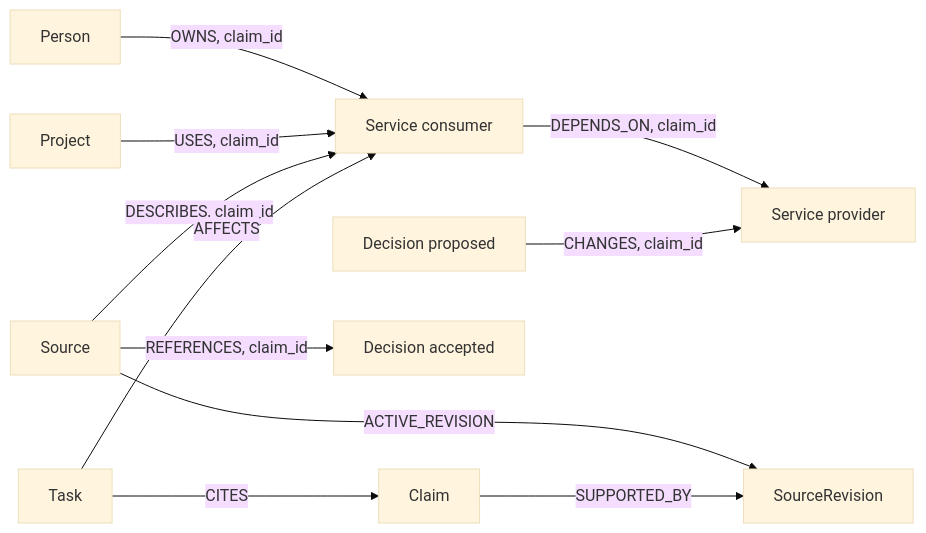
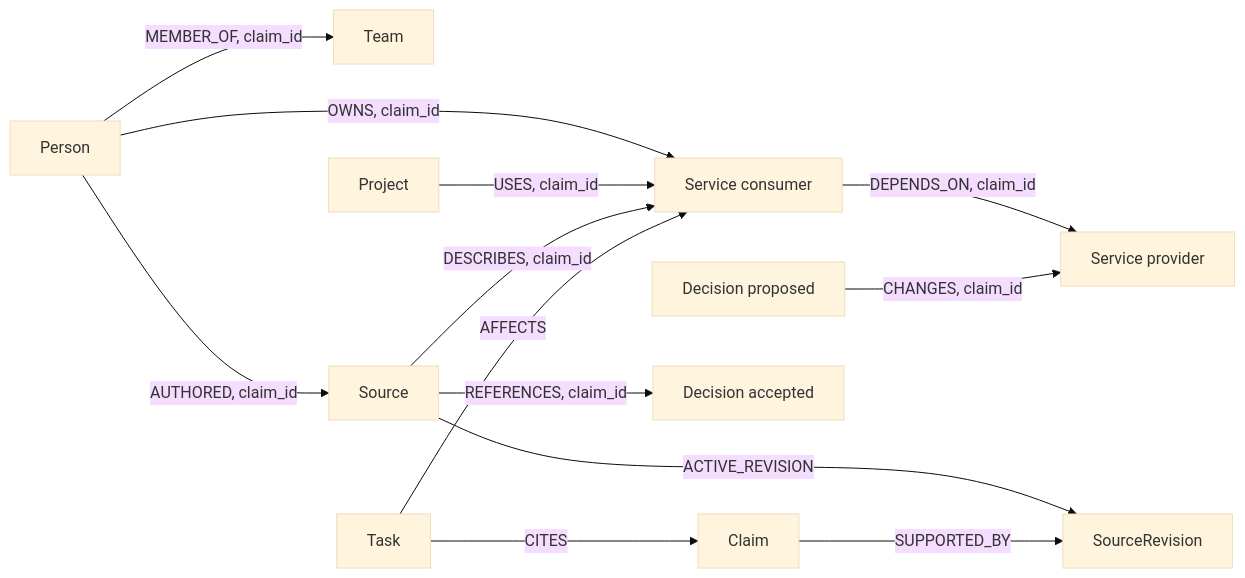
One commit to himanshu748/decisiondebt changed the diagram in README.md. Above: the diagram before and after it, drawn with Mermaid (base theme). The commit also changed other lines of this file and 3 other files, not shown here.

````diff
--- a/README.md
+++ b/README.md
@@ -110,13 +187,15 @@
 ```mermaid
 graph LR
   Consumer[Service consumer] -->|DEPENDS_ON, claim_id| Provider[Service provider]
   Person -->|OWNS, claim_id| Consumer
+  Person -->|MEMBER_OF, claim_id| Team
+  Person -->|AUTHORED, claim_id| Source
   Project -->|USES, claim_id| Consumer
   Proposed[Decision proposed] -->|CHANGES, claim_id| Provider
   Source -->|DESCRIBES, claim_id| Consumer
   Source -->|REFERENCES, claim_id| Historical[Decision accepted]
   Source -->|ACTIVE_REVISION| Revision[SourceRevision]
   Claim -->|SUPPORTED_BY| Revision
   Task -->|CITES| Claim
   Task -->|AFFECTS| Consumer
 ```
````
